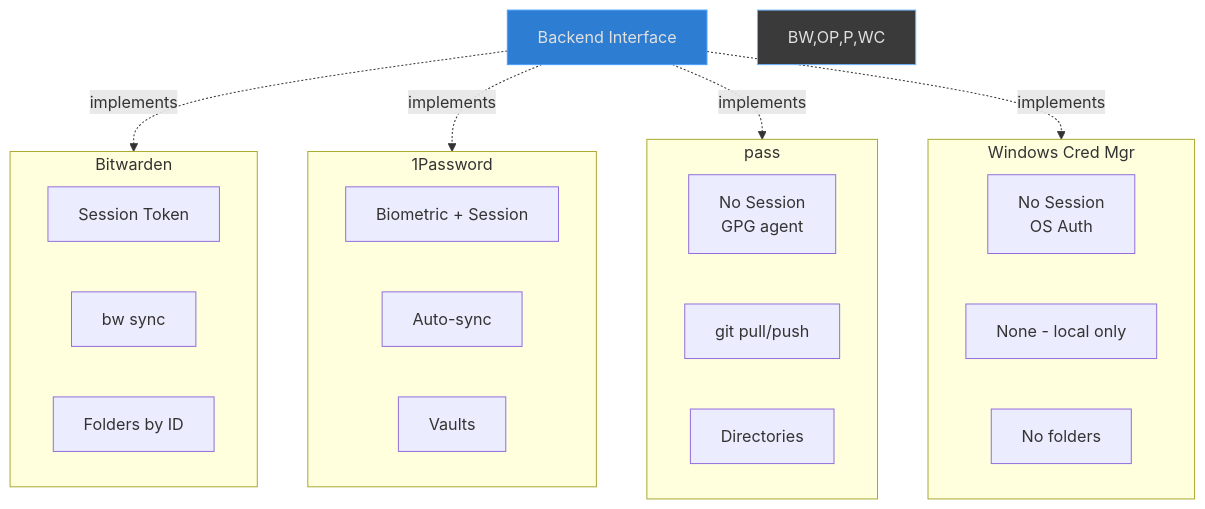
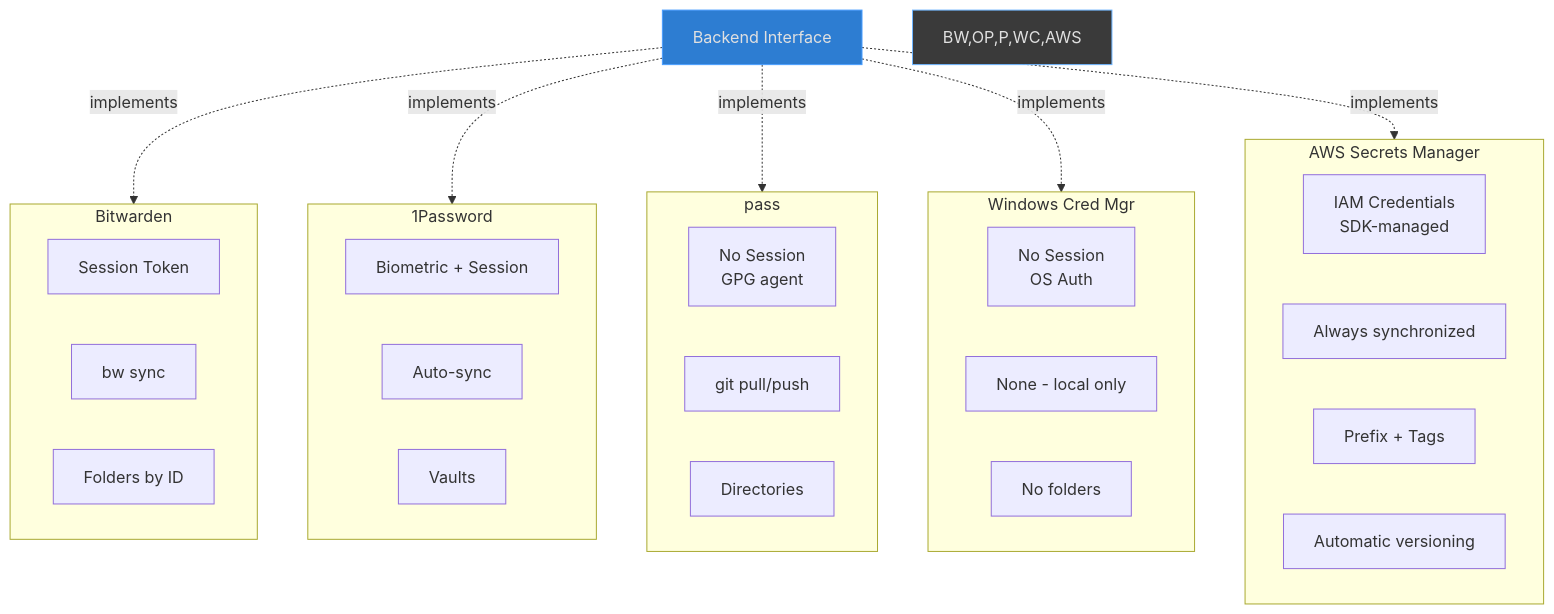
One commit to blackwell-systems/vaultmux changed diagram 11 of 11 in ARCHITECTURE.md. Above: the diagram before and after it, drawn with Mermaid. The commit also changed other lines of this file and 16 other files, not shown here.

First line of the commit message:
feat: Add AWS Secrets Manager backend (v0.3.0)

````diff
--- a/ARCHITECTURE.md
+++ b/ARCHITECTURE.md
@@ -654,34 +659,42 @@
 ```mermaid
 graph TB
     subgraph BW["Bitwarden"]
         BWSess[Session Token]
         BWSync[bw sync]
         BWFolder[Folders by ID]
     end
 
     subgraph OP["1Password"]
         OPSess[Biometric + Session]
         OPSync[Auto-sync]
         OPVault[Vaults]
     end
 
     subgraph P["pass"]
         PSess[No Session<br/>GPG agent]
         PSync[git pull/push]
         PDir[Directories]
     end
 
     subgraph WC["Windows Cred Mgr"]
         WCSess[No Session<br/>OS Auth]
         WCSync[None - local only]
         WCFolder[No folders]
     end
 
+    subgraph AWS["AWS Secrets Manager"]
+        AWSSess[IAM Credentials<br/>SDK-managed]
+        AWSSync[Always synchronized]
+        AWSFolder[Prefix + Tags]
+        AWSVer[Automatic versioning]
+    end
+
     Backend[Backend Interface] -.->|implements| BW
     Backend -.->|implements| OP
     Backend -.->|implements| P
     Backend -.->|implements| WC
+    Backend -.->|implements| AWS
 
     style Backend fill:#2d7dd2,stroke:#4a9eff,color:#e0e0e0
-    style BW,OP,P,WC fill:#3a3a3a,stroke:#6eb5ff,color:#e0e0e0
+    style BW,OP,P,WC,AWS fill:#3a3a3a,stroke:#6eb5ff,color:#e0e0e0
 ```
````
